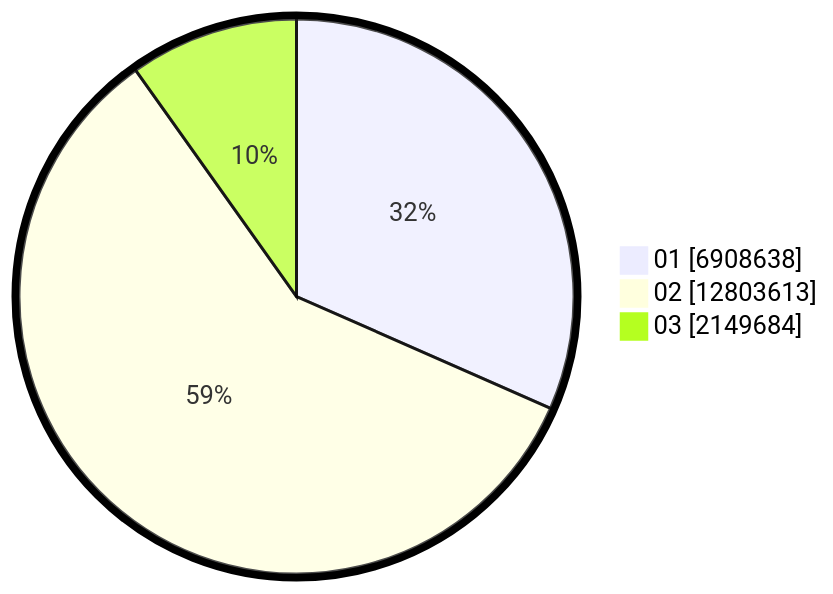
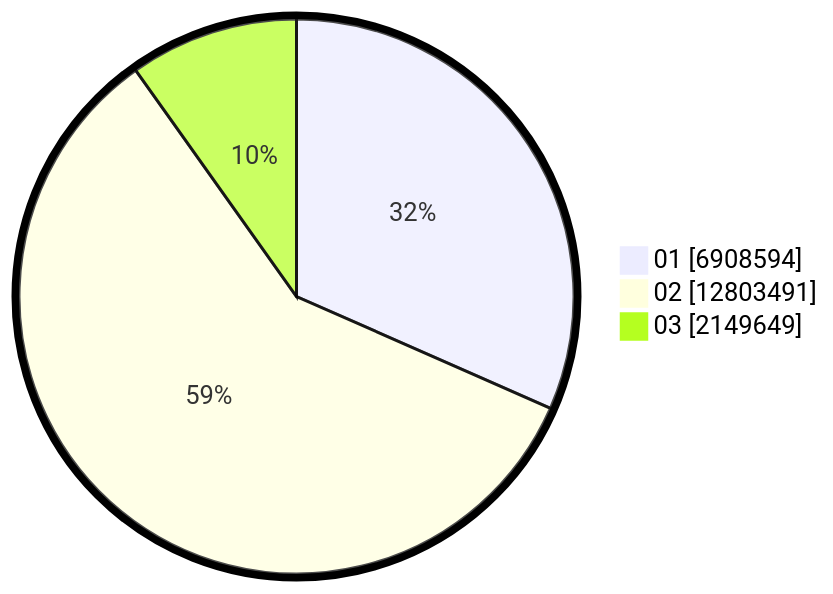
Before and after one commit to gigit-pemilu/pemilu-2024: the second of 2 diagrams in pilpres/hitung-suara/sub/table-wilayah-32.md, drawn with Mermaid. The commit also changed other lines of this file and 8 other files, not shown here.

````diff
--- a/pilpres/hitung-suara/sub/table-wilayah-32.md
+++ b/pilpres/hitung-suara/sub/table-wilayah-32.md
@@ -15,7 +15,7 @@
 ```mermaid
 %%{init: {"pie": {"textPosition": 0.5}, "themeVariables": {"pieOuterStrokeWidth": "5px"}} }%%
 pie showData
-    "01" : 6908638
-    "02" : 12803613
-    "03" : 2149684
+    "01" : 6908594
+    "02" : 12803491
+    "03" : 2149649
 ```
````
